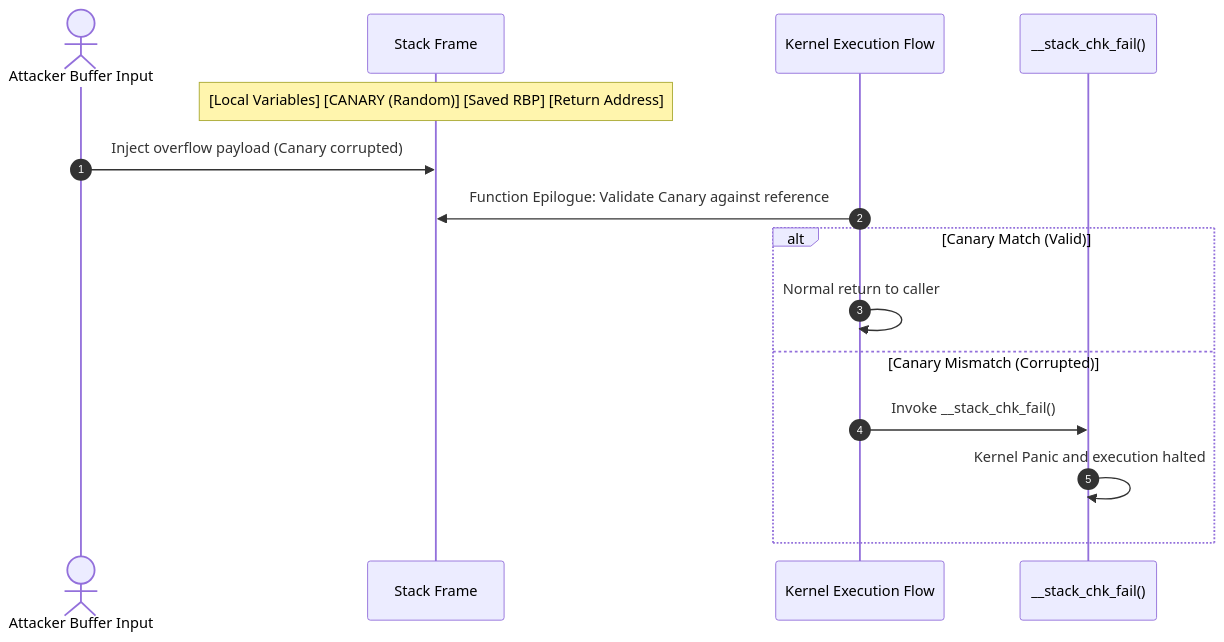
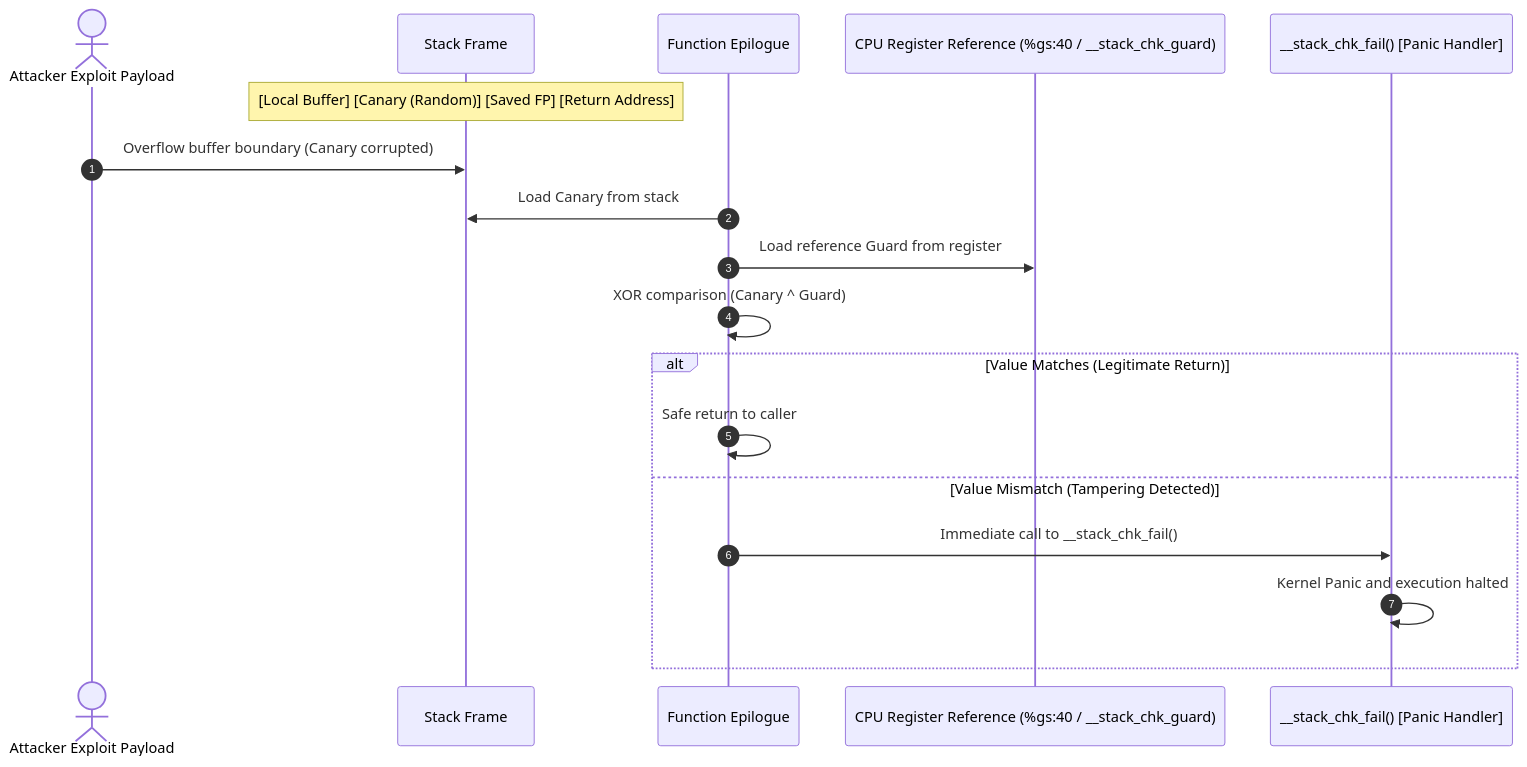
The diagram in docs/en/features/01-stack-protector.md (auking45/linux-kernel-hardening-lab), drawn with Mermaid before and after one commit. The commit also changed other lines of this file and 5 other files, not shown here.

````diff
--- a/docs/en/features/01-stack-protector.md
+++ b/docs/en/features/01-stack-protector.md
@@ -20,18 +34,21 @@
 ```mermaid
 sequenceDiagram
     autonumber
-    actor Attacker as Attacker Buffer Input
+    actor Attacker as Attacker Exploit Payload
     participant Stack as Stack Frame
-    participant Kernel as Kernel Execution Flow
-    participant Panic as __stack_chk_fail()
+    participant Epilogue as Function Epilogue
+    participant Guard as CPU Register Reference (%gs:40 / __stack_chk_guard)
+    participant Panic as __stack_chk_fail() [Panic Handler]
 
-    Note over Stack: [Local Variables] [CANARY (Random)] [Saved RBP] [Return Address]
-    Attacker->>Stack: Inject overflow payload (Canary corrupted)
-    Kernel->>Stack: Function Epilogue: Validate Canary against reference
-    alt Canary Match (Valid)
-        Kernel->>Kernel: Normal return to caller
-    else Canary Mismatch (Corrupted)
-        Kernel->>Panic: Invoke __stack_chk_fail()
+    Note over Stack: [Local Buffer] [Canary (Random)] [Saved FP] [Return Address]
+    Attacker->>Stack: Overflow buffer boundary (Canary corrupted)
+    Epilogue->>Stack: Load Canary from stack
+    Epilogue->>Guard: Load reference Guard from register
+    Epilogue->>Epilogue: XOR comparison (Canary ^ Guard)
+    alt Value Matches (Legitimate Return)
+        Epilogue->>Epilogue: Safe return to caller
+    else Value Mismatch (Tampering Detected)
+        Epilogue->>Panic: Immediate call to __stack_chk_fail()
         Panic->>Panic: Kernel Panic and execution halted
     end
 ```
````
